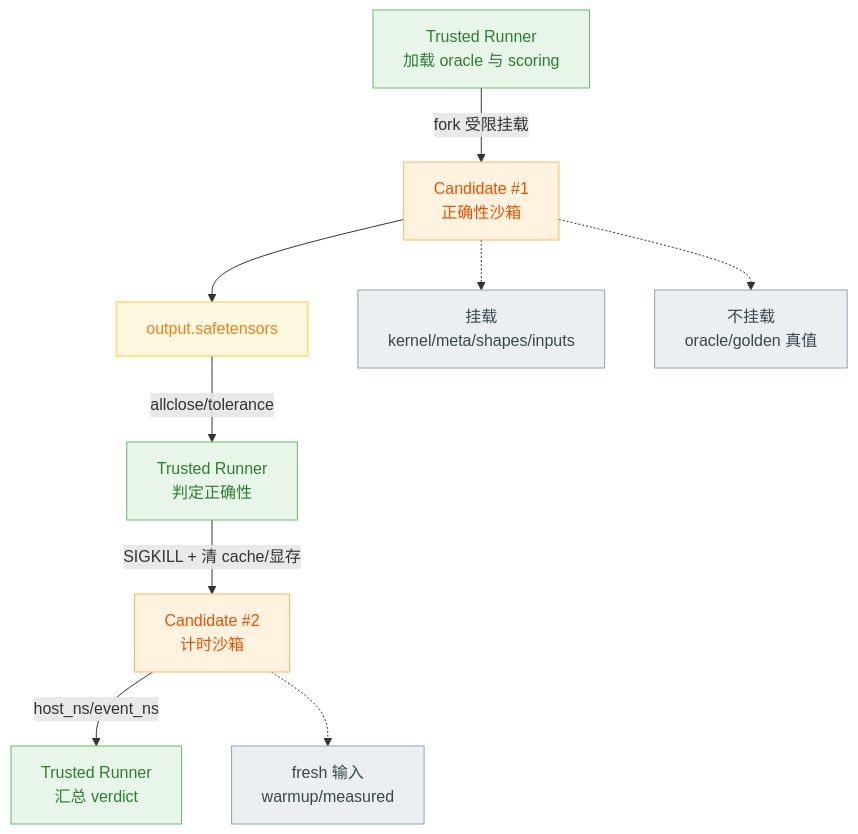
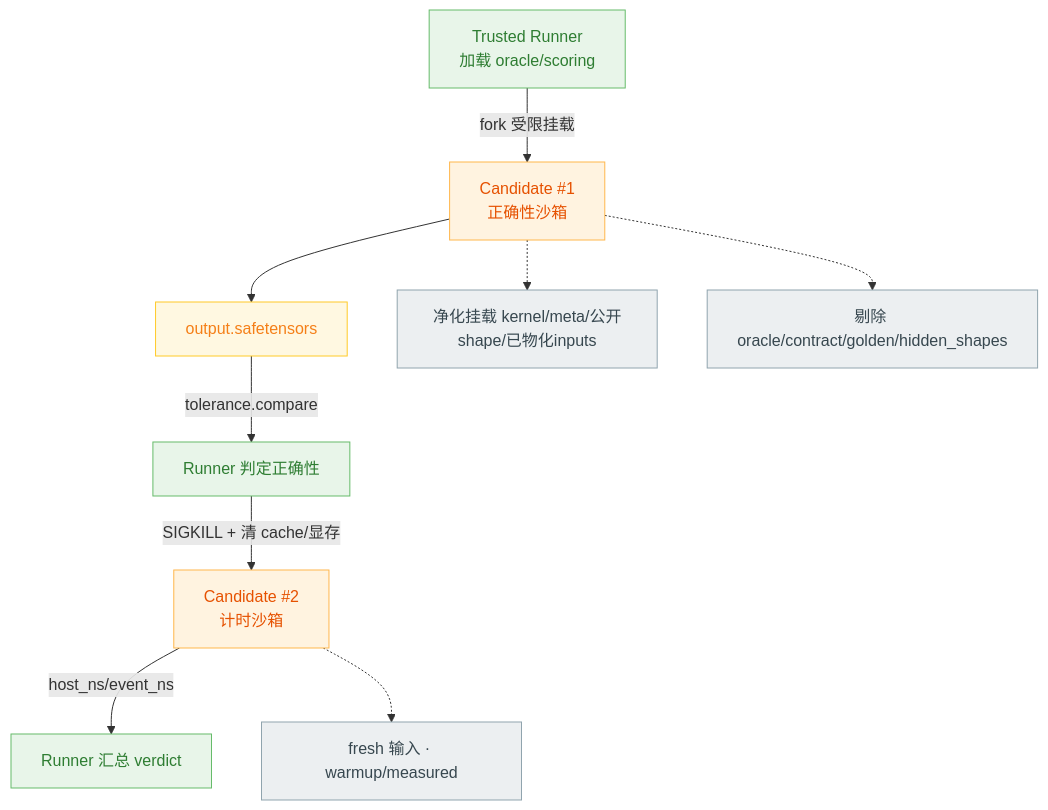
One commit to Gxj230958/TritonAscendBench changed the third of 10 diagrams in docs/DESIGN.md. Above: the diagram before and after it, drawn with Mermaid. The commit also changed other lines of this file and 11 other files, not shown here.

First line of the commit message:
docs: finalize two-objective Roofline design spec and architecture docs

````diff
--- a/docs/DESIGN.md
+++ b/docs/DESIGN.md
@@ -196,19 +248,19 @@
 ```mermaid
 flowchart TB
-    TR["Trusted Runner<br/>加载 oracle 与 scoring"] -->|"fork 受限挂载"| C1["Candidate #1<br/>正确性沙箱"]
+    TR["Trusted Runner<br/>加载 oracle/scoring"] -->|"fork 受限挂载"| C1["Candidate #1<br/>正确性沙箱"]
     C1 --> OUT["output.safetensors"]
-    OUT -->|"allclose/tolerance"| TR2["Trusted Runner<br/>判定正确性"]
+    OUT -->|"tolerance.compare"| TR2["Runner 判定正确性"]
     TR2 -->|"SIGKILL + 清 cache/显存"| C2["Candidate #2<br/>计时沙箱"]
-    C2 -->|"host_ns/event_ns"| TR3["Trusted Runner<br/>汇总 verdict"]
-    C1 -.-> C1M["挂载<br/>kernel/meta/shapes/inputs"]
-    C1 -.-> C1D["不挂载<br/>oracle/golden 真值"]
-    C2 -.-> C2M["fresh 输入<br/>warmup/measured"]
+    C2 -->|"host_ns/event_ns"| TR3["Runner 汇总 verdict"]
+    C1 -.-> C1M["净化挂载 kernel/meta/公开shape/已物化inputs"]
+    C1 -.-> C1D["剔除 oracle/contract/golden/hidden_shapes"]
+    C2 -.-> C2M["fresh 输入 · warmup/measured"]
     classDef trust fill:#E8F5E9,stroke:#66BB6A,color:#2E7D32;
     classDef sandbox fill:#FFF3E0,stroke:#FFB74D,color:#E65100;
     classDef artifact fill:#FFF8E1,stroke:#FFCA28,color:#F57F17;
     classDef note fill:#ECEFF1,stroke:#90A4AE,color:#37474F;
     class TR,TR2,TR3 trust;
     class C1,C2 sandbox;
     class OUT artifact;
     class C1M,C1D,C2M note;
 ```
````
